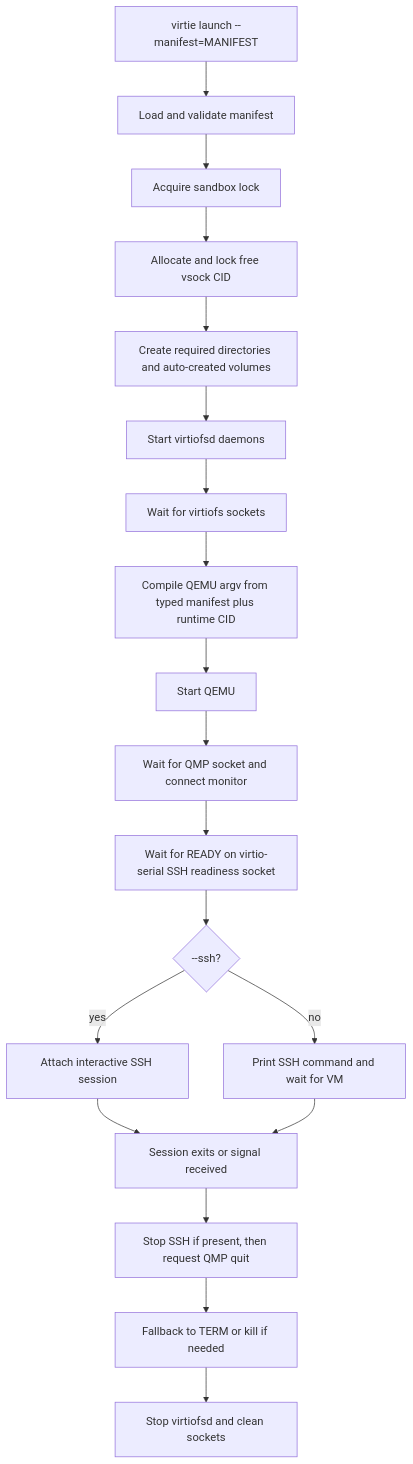
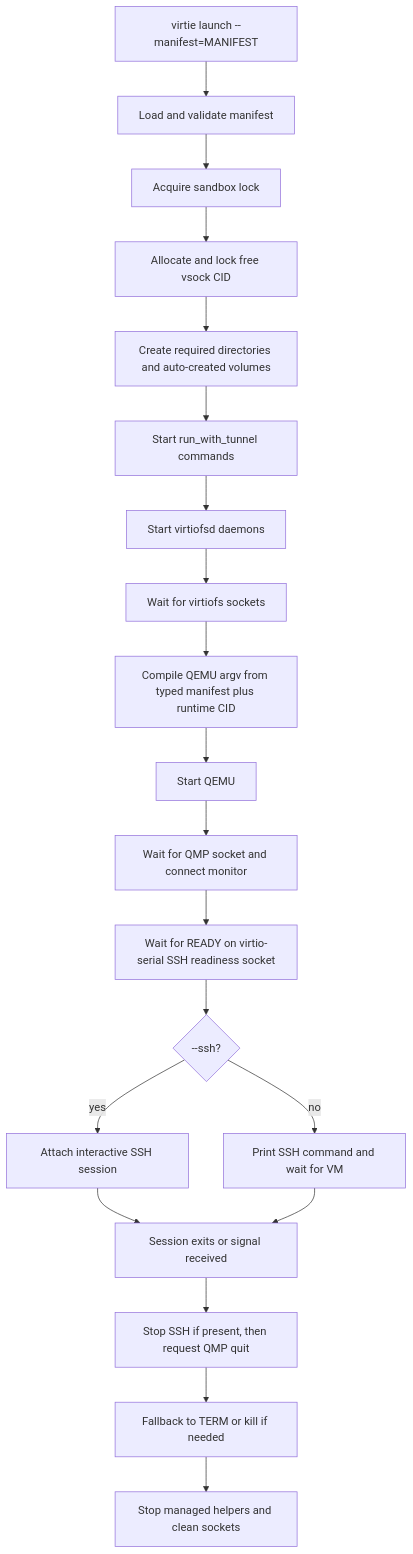
Before and after one commit to shazow/agentspace: the diagram in .specs/virtie.md, drawn with Mermaid. The commit also changed other lines of this file and 13 other files, not shown here.

First line of the commit message:
virtie: Add run_with_tunnel socket sharing

````diff
--- a/.specs/virtie.md
+++ b/.specs/virtie.md
@@ -120,21 +124,22 @@
 ```mermaid
 flowchart TD
   A[virtie launch --manifest=MANIFEST] --> B[Load and validate manifest]
   B --> C[Acquire sandbox lock]
   C --> D[Allocate and lock free vsock CID]
   D --> E[Create required directories and auto-created volumes]
-  E --> F[Start virtiofsd daemons]
-  F --> G[Wait for virtiofs sockets]
-  G --> H[Compile QEMU argv from typed manifest plus runtime CID]
-  H --> I[Start QEMU]
-  I --> J[Wait for QMP socket and connect monitor]
-  J --> K[Wait for READY on virtio-serial SSH readiness socket]
-  K --> L{--ssh?}
-  L -->|yes| M[Attach interactive SSH session]
-  L -->|no| N[Print SSH command and wait for VM]
-  M --> O[Session exits or signal received]
-  N --> O
-  O --> P[Stop SSH if present, then request QMP quit]
-  P --> Q[Fallback to TERM or kill if needed]
-  Q --> R[Stop virtiofsd and clean sockets]
+  E --> F[Start run_with_tunnel commands]
+  F --> G[Start virtiofsd daemons]
+  G --> H[Wait for virtiofs sockets]
+  H --> I[Compile QEMU argv from typed manifest plus runtime CID]
+  I --> J[Start QEMU]
+  J --> K[Wait for QMP socket and connect monitor]
+  K --> L[Wait for READY on virtio-serial SSH readiness socket]
+  L --> M{--ssh?}
+  M -->|yes| N[Attach interactive SSH session]
+  M -->|no| O[Print SSH command and wait for VM]
+  N --> P[Session exits or signal received]
+  O --> P
+  P --> Q[Stop SSH if present, then request QMP quit]
+  Q --> R[Fallback to TERM or kill if needed]
+  R --> S[Stop managed helpers and clean sockets]
 ```
````
